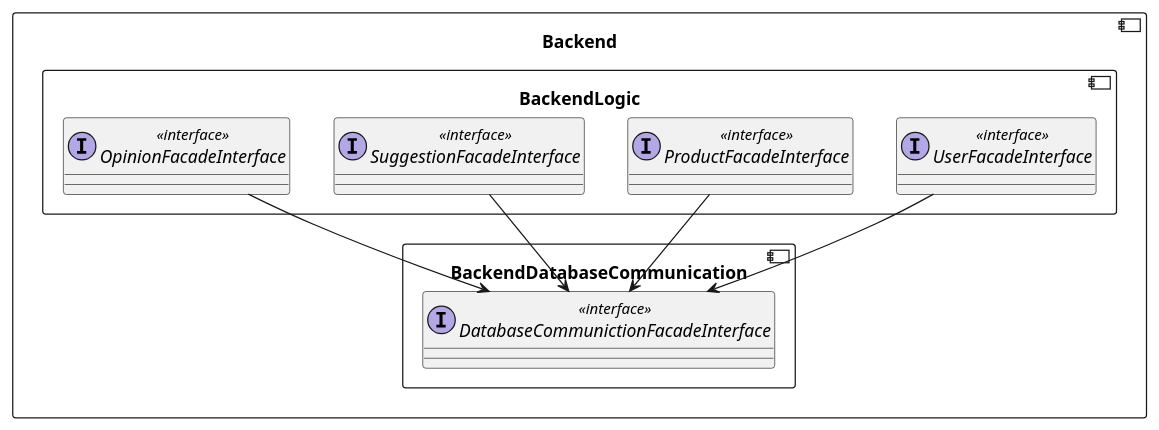
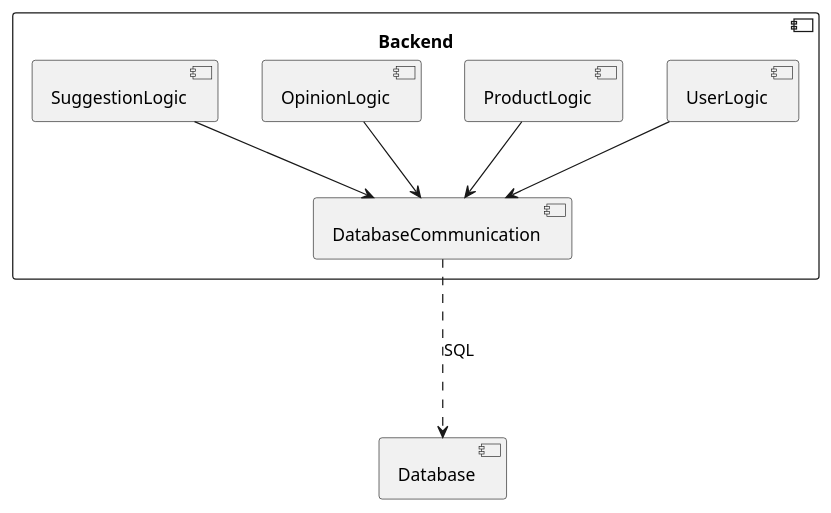
One commit to RadekBucki/OpinionCollectorArchitecture changed the first of 5 diagrams in backend/BackendLogic.md. Above: the diagram before and after it, drawn with PlantUML. The commit also changed other lines of this file and 8 other files, not shown here.

````diff
--- a/backend/BackendLogic.md
+++ b/backend/BackendLogic.md
@@ -3,21 +3,27 @@
 ```plantuml
 @startuml
 component Backend {
-    component BackendDatabaseCommunication {
-        interface DatabaseCommunictionFacadeInterface <<interface>>
+    component UserLogic {
+    }
+    component ProductLogic {
+    }
+    component OpinionLogic {
+    }
+    component SuggestionLogic {
     }
     
-    component BackendLogic {
-        interface UserFacadeInterface <<interface>>
-        interface ProductFacadeInterface <<interface>>
-        interface SuggestionFacadeInterface <<interface>>
-        interface OpinionFacadeInterface <<interface>>
-        
-        UserFacadeInterface       --> DatabaseCommunictionFacadeInterface
-        ProductFacadeInterface    --> DatabaseCommunictionFacadeInterface
-        SuggestionFacadeInterface --> DatabaseCommunictionFacadeInterface
-        OpinionFacadeInterface    --> DatabaseCommunictionFacadeInterface
+    component DatabaseCommunication {
     }
 }
+
+component Database {
+}
+
+DatabaseCommunication ...> Database: SQL
+
+UserLogic             -->  DatabaseCommunication
+ProductLogic          -->  DatabaseCommunication
+OpinionLogic          -->  DatabaseCommunication
+SuggestionLogic       -->  DatabaseCommunication
 @enduml 
 ```
````
